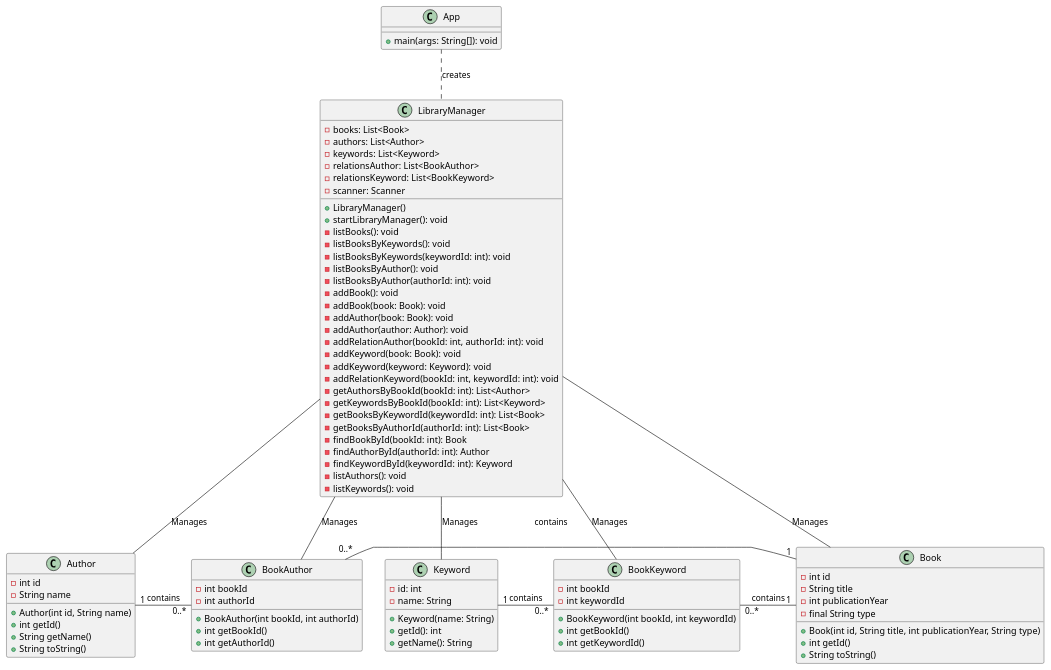
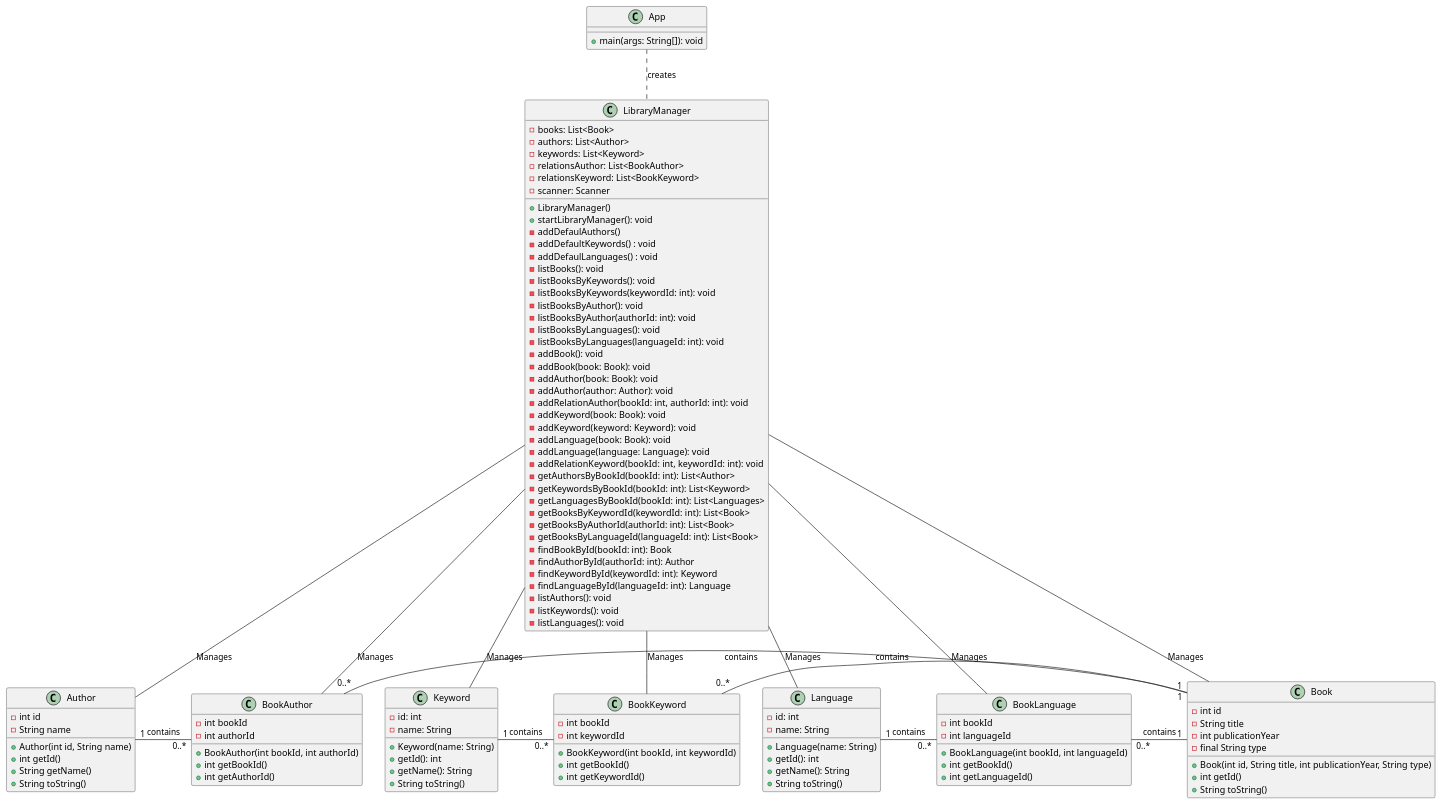
Before and after one commit to mmasias/23-24-eda2-ep: the diagram in entregas/saraPatino/parcial/src/modelo.puml, drawn with PlantUML.

Commit message:
changes in plantuml

```diff
--- a/entregas/saraPatino/parcial/src/modelo.puml
+++ b/entregas/saraPatino/parcial/src/modelo.puml
@@ -1,98 +1,134 @@
 @startuml
 LibraryManager --  Author: Manages
 LibraryManager -- Book: Manages
 LibraryManager --  Keyword: Manages
+LibraryManager --  Language: Manages
 LibraryManager --  BookKeyword: Manages
 LibraryManager --  BookAuthor: Manages
+LibraryManager --  BookLanguage: Manages
 App .. LibraryManager : creates
 Book "1" -l- "0..*" BookAuthor : contains
 Book "1" -l- "0..*" BookKeyword : contains
 Author "1" --r- "0..*" BookAuthor : contains
 Keyword"1" --r- "0..*" BookKeyword : contains
+Book "1" -l- "0..*" BookLanguage : contains
+Language "1" --r- "0..*" BookLanguage : contains
 
 
 
 class Author {
         -int id
         -String name
         +Author(int id, String name)
         +int getId()
         +String getName()
         +String toString()
     }
 
-class Keyword{
+class Keyword {
         - id: int
         - name: String
 
         + Keyword(name: String)
         + getId(): int
         + getName(): String
+        + String toString()
     }
+
+class Language {
+        - id: int
+        - name: String
+
+        + Language(name: String)
+        + getId(): int
+        + getName(): String
+        + String toString()
+    }
+
 
 class BookAuthor {
         -int bookId
         -int authorId
         +BookAuthor(int bookId, int authorId)
         +int getBookId()
         +int getAuthorId()
     }
 
 class Book {
         -int id
         -String title
         -int publicationYear
         -final String type
         +Book(int id, String title, int publicationYear, String type)
         +int getId()
         +String toString()
     }
 
 class BookKeyword {
         -int bookId
         -int keywordId
         +BookKeyword(int bookId, int keywordId)
         +int getBookId()
         +int getKeywordId()
     }
 
+class BookLanguage {
+        -int bookId
+        -int languageId
+        +BookLanguage(int bookId, int languageId)
+        +int getBookId()
+        +int getLanguageId()
+    }
+
+
 
 
 class LibraryManager {
         - books: List<Book>
         - authors: List<Author>
         - keywords: List<Keyword>
         - relationsAuthor: List<BookAuthor>
         - relationsKeyword: List<BookKeyword>
         - scanner: Scanner
 
         + LibraryManager()
         + startLibraryManager(): void
+        - addDefaulAuthors()
+        - addDefaultKeywords() : void
+        - addDefaulLanguages() : void
         - listBooks(): void
         - listBooksByKeywords(): void
         - listBooksByKeywords(keywordId: int): void
         - listBooksByAuthor(): void
         - listBooksByAuthor(authorId: int): void
+        - listBooksByLanguages(): void
+        - listBooksByLanguages(languageId: int): void
         - addBook(): void
         - addBook(book: Book): void
         - addAuthor(book: Book): void
         - addAuthor(author: Author): void
         - addRelationAuthor(bookId: int, authorId: int): void
         - addKeyword(book: Book): void
         - addKeyword(keyword: Keyword): void
+        - addLanguage(book: Book): void
+        - addLanguage(language: Language): void
         - addRelationKeyword(bookId: int, keywordId: int): void
         - getAuthorsByBookId(bookId: int): List<Author>
         - getKeywordsByBookId(bookId: int): List<Keyword>
+        - getLanguagesByBookId(bookId: int): List<Languages>
         - getBooksByKeywordId(keywordId: int): List<Book>
         - getBooksByAuthorId(authorId: int): List<Book>
+        - getBooksByLanguageId(languageId: int): List<Book>
         - findBookById(bookId: int): Book
         - findAuthorById(authorId: int): Author
         - findKeywordById(keywordId: int): Keyword
+        - findLanguageById(languageId: int): Language
         - listAuthors(): void
         - listKeywords(): void
+        - listLanguages(): void
     }
 
 class App {
         + main(args: String[]): void
     }
 @enduml
```
